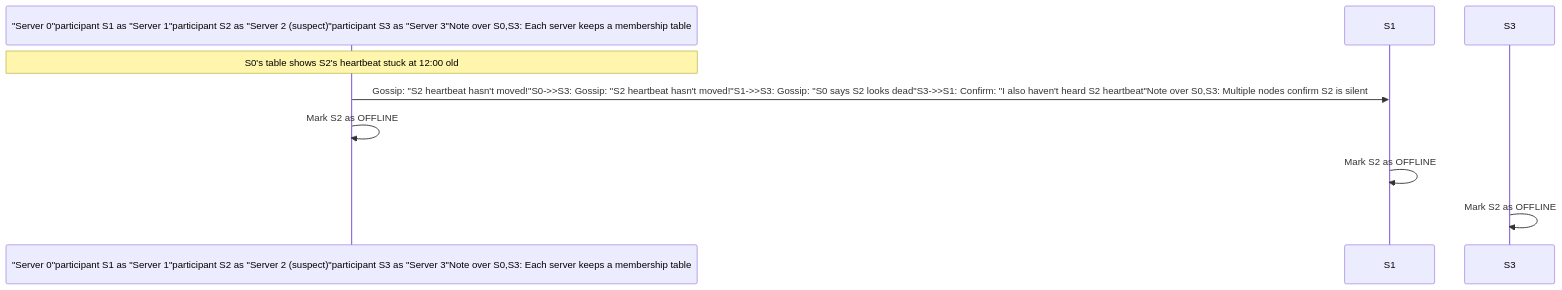
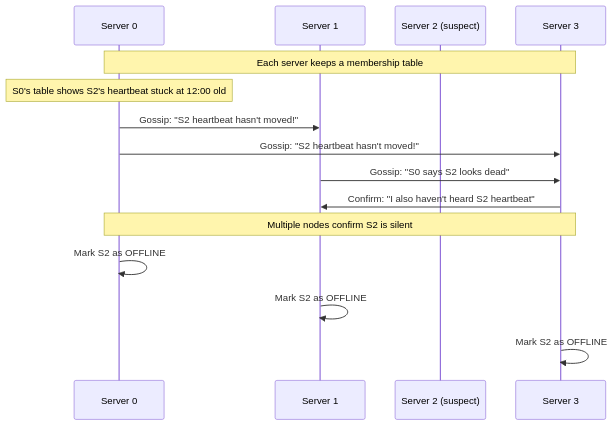
Diagram 11 of 22 in content/posts/2026/design-a-key-value-store.md (devops-monk/system-design-blog), drawn with Mermaid before and after one commit. The commit also changed other lines of this file and 4 other files, not shown here.

First line of the commit message:
fix(diagrams): repair mermaid blocks broken by the emoji strip

````diff
--- a/content/posts/2026/design-a-key-value-store.md
+++ b/content/posts/2026/design-a-key-value-store.md
@@ -390,10 +408,20 @@
 ```mermaid
 sequenceDiagram
-    participant S0 as "Server 0"participant S1 as "Server 1"participant S2 as "Server 2 (suspect)"participant S3 as "Server 3"Note over S0,S3: Each server keeps a membership table
+    participant S0 as Server 0
+    participant S1 as Server 1
+    participant S2 as Server 2 (suspect)
+    participant S3 as Server 3
+    Note over S0,S3: Each server keeps a membership table
     Note over S0: S0's table shows S2's heartbeat stuck at 12:00 old
 
-    S0->>S1: Gossip: "S2 heartbeat hasn't moved!"S0->>S3: Gossip: "S2 heartbeat hasn't moved!"S1->>S3: Gossip: "S0 says S2 looks dead"S3->>S1: Confirm: "I also haven't heard S2 heartbeat"Note over S0,S3: Multiple nodes confirm S2 is silent
+    S0->>S1: Gossip: "S2 heartbeat hasn't moved!"
+    S0->>S3: Gossip: "S2 heartbeat hasn't moved!"
+
+    S1->>S3: Gossip: "S0 says S2 looks dead"
+    S3->>S1: Confirm: "I also haven't heard S2 heartbeat"
+
+    Note over S0,S3: Multiple nodes confirm S2 is silent
     S0->>S0: Mark S2 as OFFLINE
     S1->>S1: Mark S2 as OFFLINE
     S3->>S3: Mark S2 as OFFLINE
 ```
````
